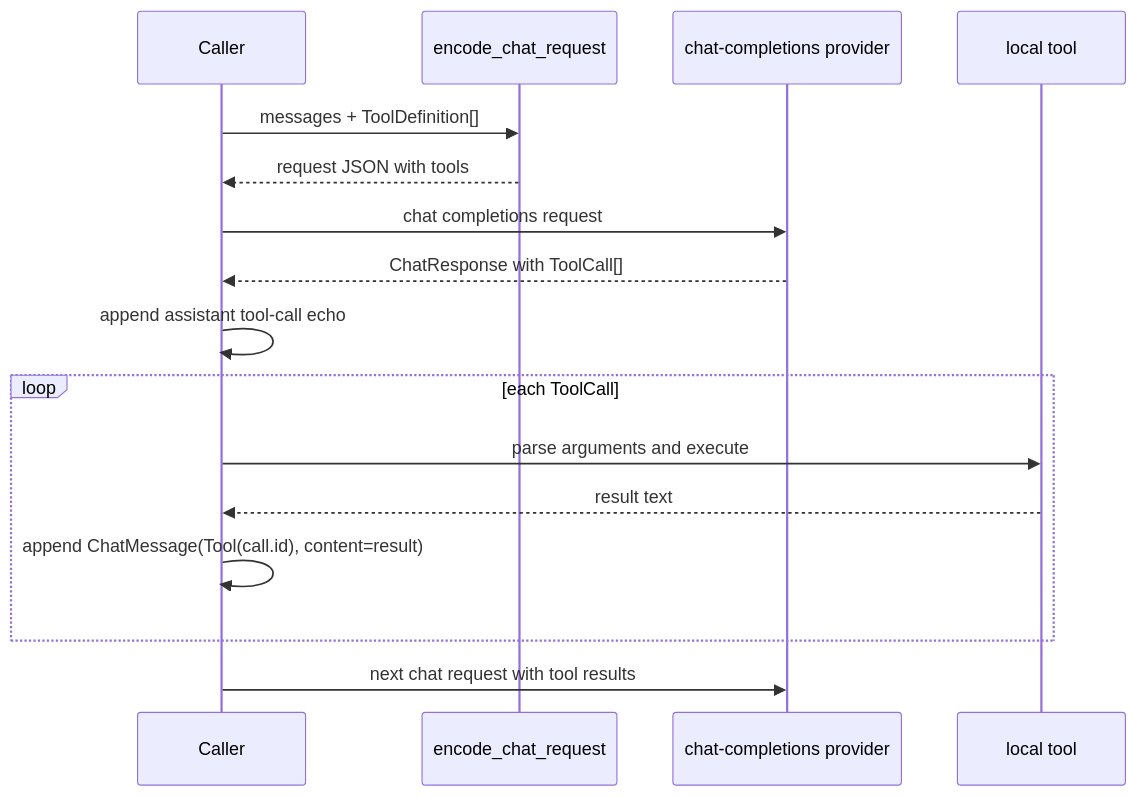
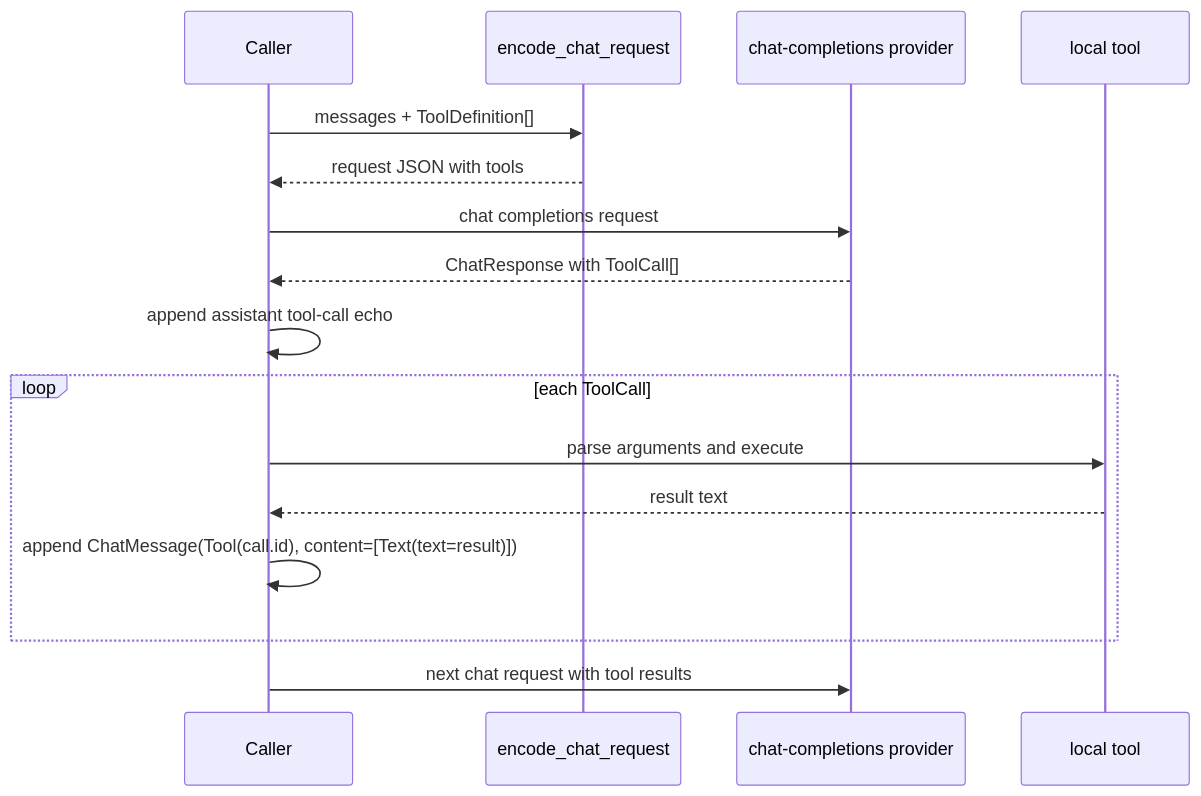
One commit to moonbitlang/openseek changed the fourth of 4 diagrams in deepseek/README.mbt.md. Above: the diagram before and after it, drawn with Mermaid. The commit also changed other lines of this file and 37 other files, not shown here.

Commit message:
feat(deepseek): support image uploads and ordered message content

````diff
--- a/deepseek/README.mbt.md
+++ b/deepseek/README.mbt.md
@@ -217,19 +220,19 @@
 ```mermaid
 sequenceDiagram
   participant Caller
   participant Encoder as encode_chat_request
   participant API as chat-completions provider
   participant Tool as local tool
 
   Caller->>Encoder: messages + ToolDefinition[]
   Encoder-->>Caller: request JSON with tools
   Caller->>API: chat completions request
   API-->>Caller: ChatResponse with ToolCall[]
   Caller->>Caller: append assistant tool-call echo
   loop each ToolCall
     Caller->>Tool: parse arguments and execute
     Tool-->>Caller: result text
-    Caller->>Caller: append ChatMessage(Tool(call.id), content=result)
+    Caller->>Caller: append ChatMessage(Tool(call.id), content=[Text(text=result)])
   end
   Caller->>API: next chat request with tool results
 ```
````
